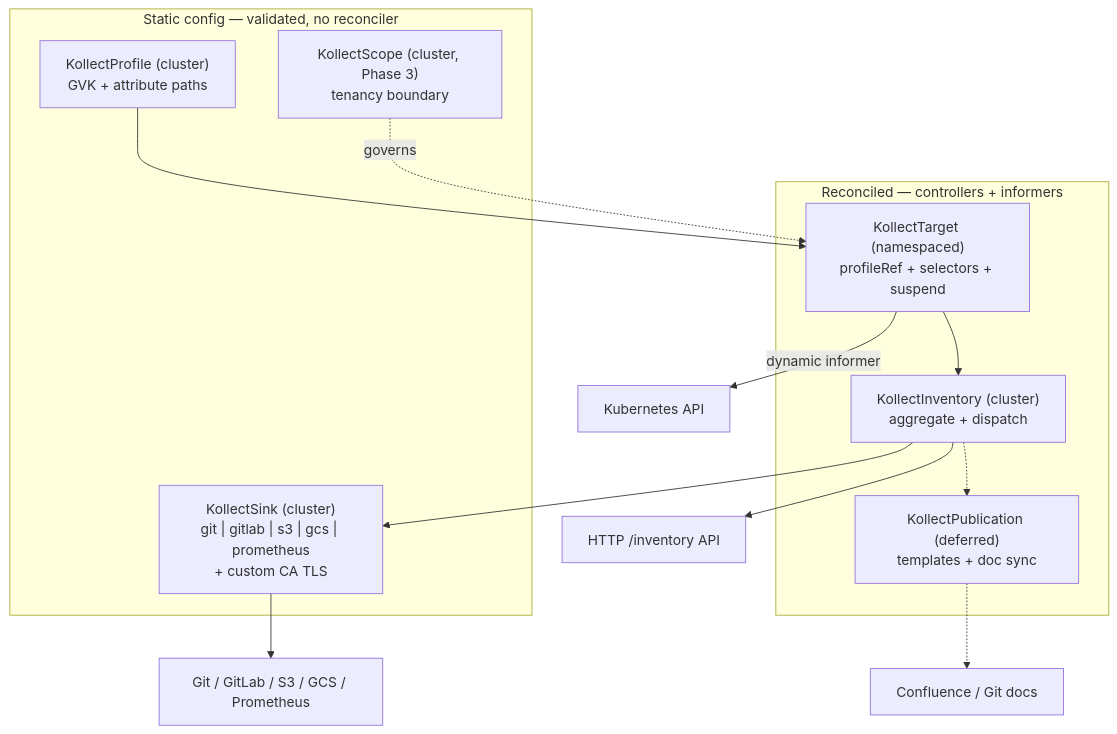
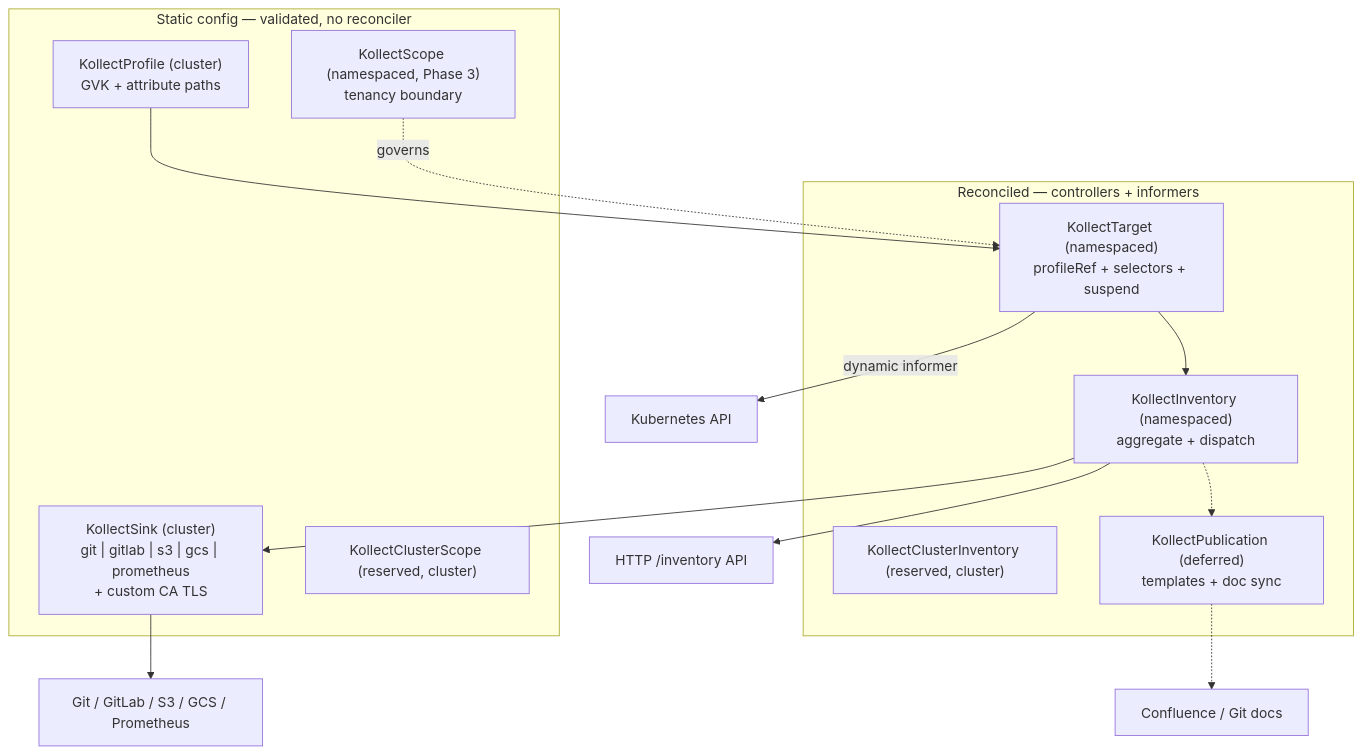
The first of 5 diagrams in docs/ARCHITECTURE.md (konih/kollect), drawn with Mermaid before and after one commit. The commit also changed other lines of this file and 8 other files, not shown here.

First line of the commit message:
:page_facing_up: docs: namespaced inventory, hub CRD, queue ADR

````diff
--- a/docs/ARCHITECTURE.md
+++ b/docs/ARCHITECTURE.md
@@ -24,24 +24,26 @@
 ```mermaid
 flowchart TD
   subgraph staticCfg [Static config — validated, no reconciler]
     Profile["KollectProfile (cluster)\nGVK + attribute paths"]
     Sink["KollectSink (cluster)\ngit | gitlab | s3 | gcs | prometheus\n+ custom CA TLS"]
-    Scope["KollectScope (cluster, Phase 3)\ntenancy boundary"]
+    Scope["KollectScope (namespaced, Phase 3)\ntenancy boundary"]
+    CScope["KollectClusterScope (reserved, cluster)"]
   end
 
   subgraph reconciled [Reconciled — controllers + informers]
     Target["KollectTarget (namespaced)\nprofileRef + selectors + suspend"]
-    Inv["KollectInventory (cluster)\naggregate + dispatch"]
+    Inv["KollectInventory (namespaced)\naggregate + dispatch"]
+    CInv["KollectClusterInventory (reserved, cluster)"]
     Pub["KollectPublication (deferred)\ntemplates + doc sync"]
   end
 
   Profile --> Target
   Scope -.governs.-> Target
   Target -->|"dynamic informer"| K8s["Kubernetes API"]
   Target --> Inv
   Inv --> Sink
   Inv --> HTTP["HTTP /inventory API"]
   Inv -.-> Pub
   Sink --> Backends["Git / GitLab / S3 / GCS / Prometheus"]
   Pub -.-> Docs["Confluence / Git docs"]
 ```
````
